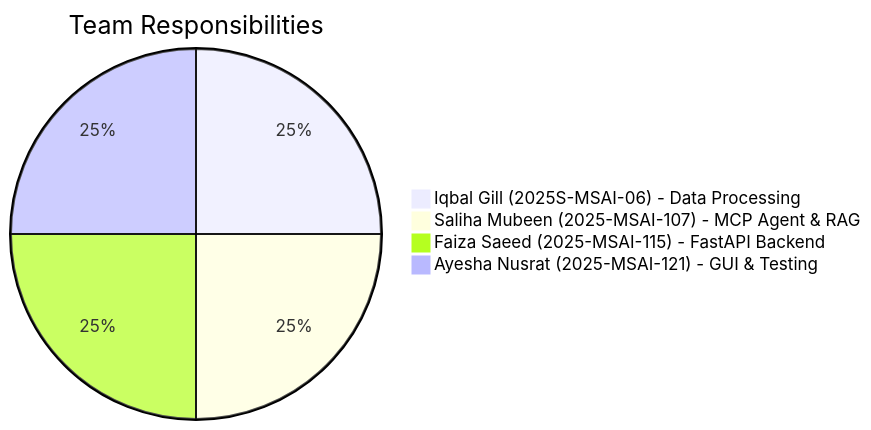
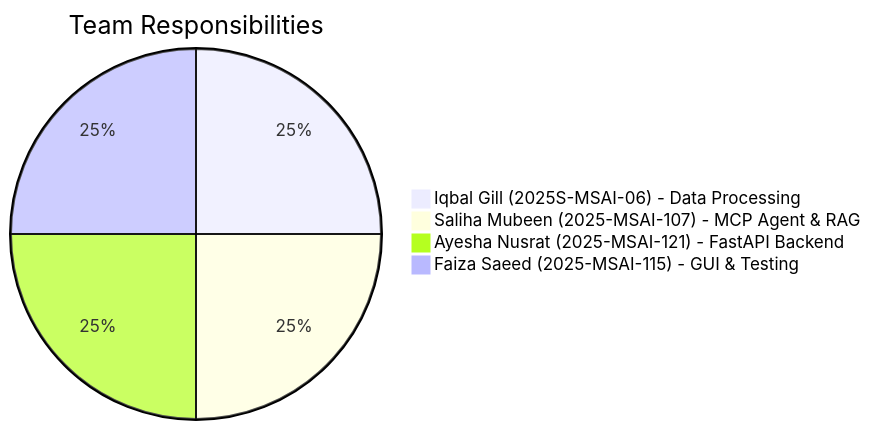
One commit to salihamubeen/AI_Agent_MCP changed the second of 2 diagrams in README.md. Above: the diagram before and after it, drawn with Mermaid. The commit also changed other lines of this file, not shown here.

````diff
--- a/README.md
+++ b/README.md
@@ -245,7 +245,7 @@
 ```mermaid
 pie title Team Responsibilities
     "Iqbal Gill (2025S-MSAI-06) - Data Processing" : 25
     "Saliha Mubeen (2025-MSAI-107) - MCP Agent & RAG" : 25
-    "Faiza Saeed (2025-MSAI-115) - FastAPI Backend" : 25
-    "Ayesha Nusrat (2025-MSAI-121) - GUI & Testing" : 25
+    "Ayesha Nusrat (2025-MSAI-121) - FastAPI Backend" : 25
+    "Faiza Saeed (2025-MSAI-115) - GUI & Testing" : 25
 ```
````
